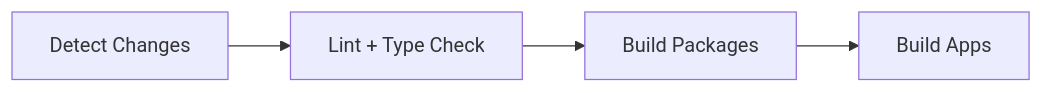
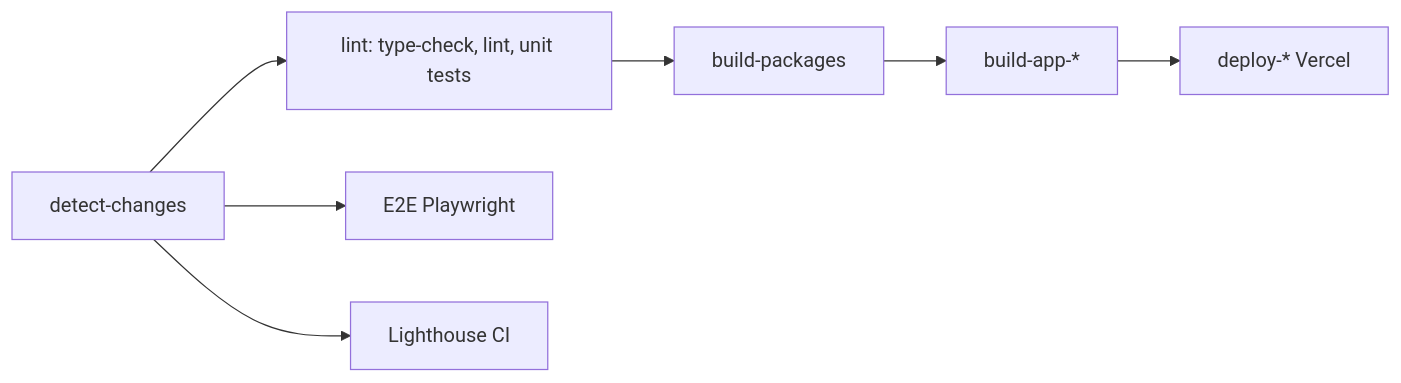
The diagram in .github/CI_CD.md (tian972k/micro-fontend-base), drawn with Mermaid before and after one commit. The commit also changed other lines of this file and 33 other files, not shown here.

````diff
--- a/.github/CI_CD.md
+++ b/.github/CI_CD.md
@@ -5,6 +6,7 @@
 ```mermaid
 flowchart LR
-    A[Detect Changes] --> B[Lint + Type Check]
-    B --> C[Build Packages]
-    C --> D[Build Apps]
+  D[detect-changes] --> L[lint: type-check, lint, unit tests]
+  D --> E[E2E Playwright]
+  D --> H[Lighthouse CI]
+  L --> P[build-packages] --> B[build-app-*] --> V[deploy-* Vercel]
 ```
````
